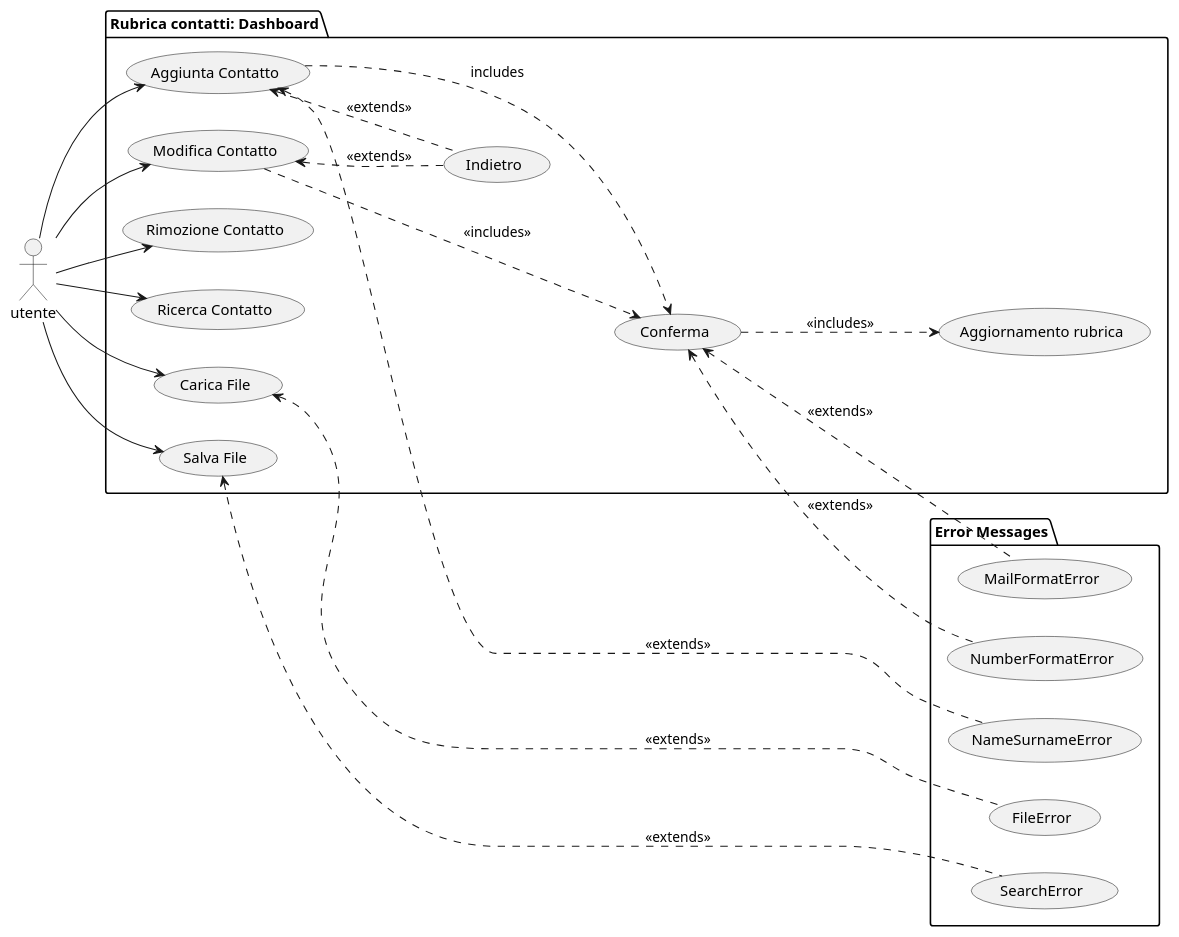
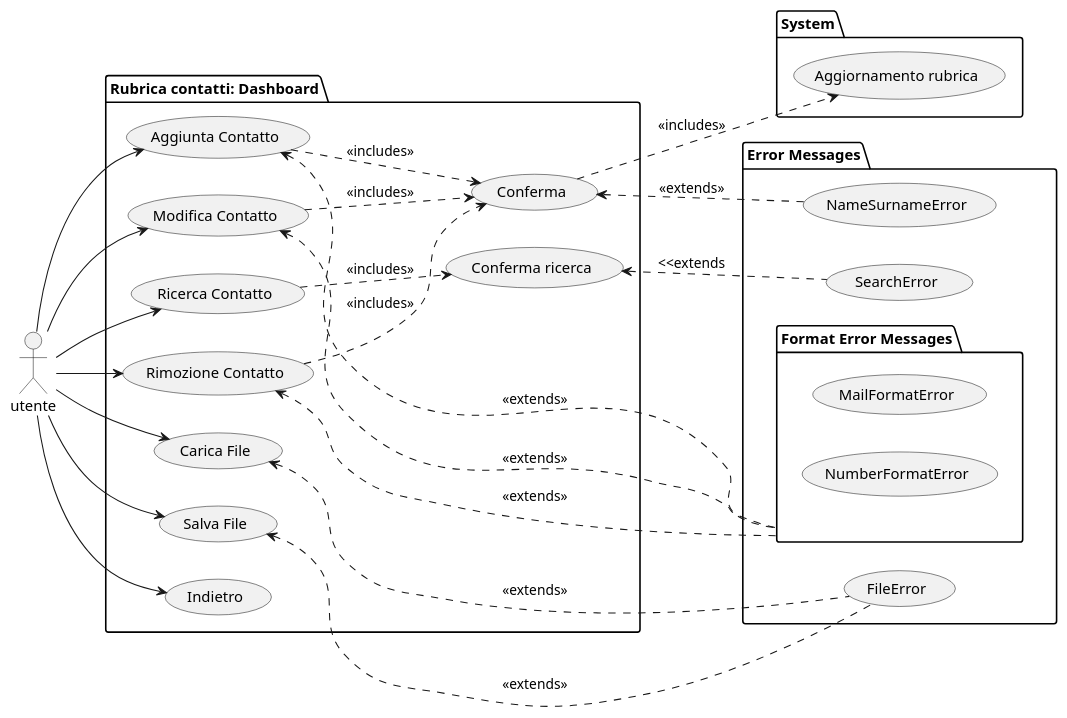
One commit to gennaro24/Software-Engineering-Project changed the diagram in docs/Requirements Engineering/Use Cases.puml. Above: the diagram before and after it, drawn with PlantUML. The commit also changed 1 other file, not shown here.

```diff
--- a/docs/Requirements Engineering/Use Cases.puml
+++ b/docs/Requirements Engineering/Use Cases.puml
@@ -1,43 +1,53 @@
 @startuml
 left to right direction
 Actor "utente" as User
 package "Rubrica contatti: Dashboard"{
 
 
 'Usecases principali:
 usecase "Aggiunta Contatto" as UC1
 usecase "Modifica Contatto" as UC2
 usecase "Rimozione Contatto" as UC3
 usecase "Ricerca Contatto" as UC4
-usecase "Aggiornamento rubrica" as UC5
 usecase "Carica File" as CF
 usecase "Salva File" as SF
+usecase "Conferma ricerca" as UC4.1
 'casi di include:
 usecase "Conferma" as Conf
 usecase "Indietro" as Ind
 }
+package "System" {
+usecase "Aggiornamento rubrica" as UC5
+}
 package "Error Messages"{
 'casi di extends
+package "Format Error Messages" as FEM {
 usecase "MailFormatError" as MFE
 usecase "NumberFormatError" as NFE
-usecase "FileError" as LE
+}
+usecase "FileError" as FE
 usecase "SearchError" as SE
 usecase "NameSurnameError" as NSE
 }
-CF <.. LE : <<extends>>
-SF <.. SE : <<extends>>
+CF <.. FE : <<extends>>
+SF <.. FE : <<extends>>
 User --> UC1
 User --> UC2
 User --> UC3
 User --> UC4
 User --> CF
 User --> SF
-UC1 <... NSE : <<extends>>
-UC1 ...> Conf : includes
-    Conf ...> UC5 : <<includes>>
-    Conf <... MFE : <<extends>>
-    Conf <... NFE : <<extends>>
-UC1 <.. Ind : <<extends>>
+User --> Ind
+
+
+UC1 ..> Conf : <<includes>>
 UC2 ..> Conf : <<includes>>
-UC2 <.. Ind : <<extends>>
+UC3 ..> Conf : <<includes>>
+UC1 <.. FEM : <<extends>>
+UC4.1 <.. SE : <<extends
+UC2 <.. FEM : <<extends>>
+UC3 <.. FEM : <<extends>>
+Conf <.. NSE : <<extends>>
+UC4 ..> UC4.1 : <<includes>>
+Conf ..> UC5 : <<includes>>
 @enduml
```
